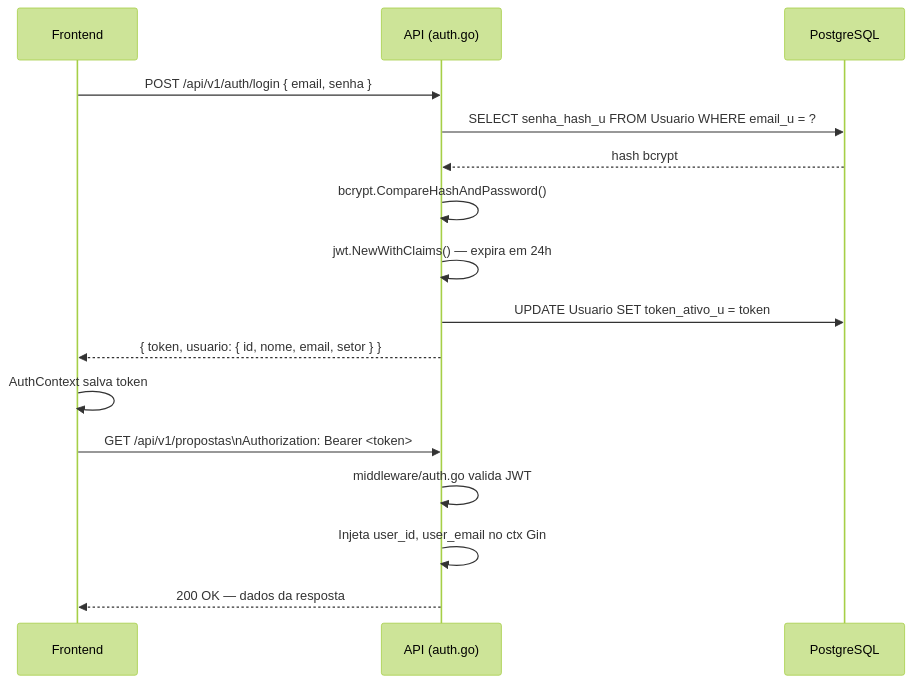
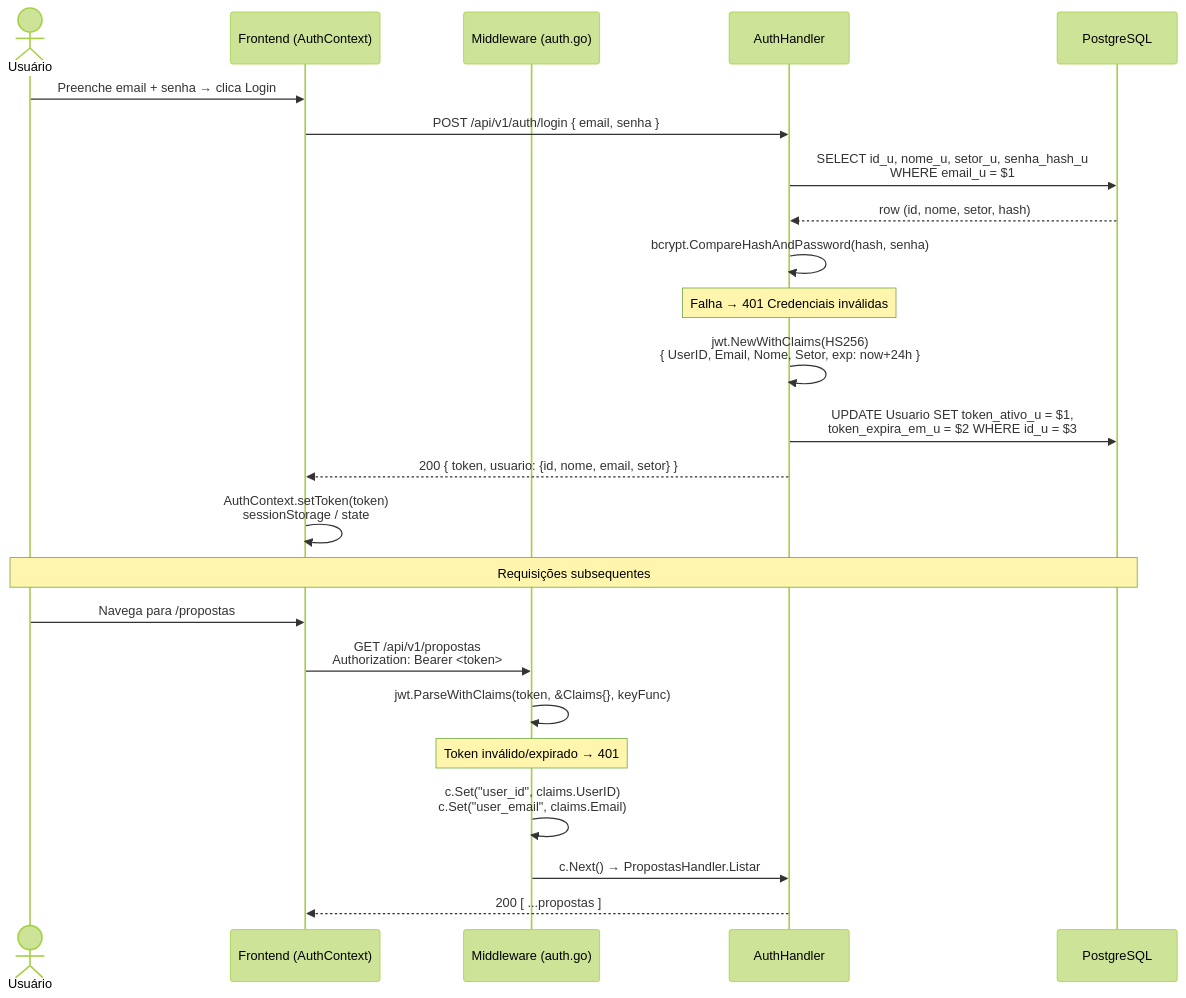
Before and after one commit to Grupo6-ProjetoIntegrador/Projeto-Flamboyant: the ninth of 18 diagrams in README.md, drawn with Mermaid (forest theme). The commit also changed other lines of this file, not shown here.

````diff
--- a/README.md
+++ b/README.md
@@ -83,20 +465,29 @@
 ```mermaid
 sequenceDiagram
-    participant F as Frontend
-    participant A as API (auth.go)
+    actor U as Usuário
+    participant FE as Frontend (AuthContext)
+    participant MW as Middleware (auth.go)
+    participant H as AuthHandler
     participant DB as PostgreSQL
 
-    F->>A: POST /api/v1/auth/login { email, senha }
-    A->>DB: SELECT senha_hash_u FROM Usuario WHERE email_u = ?
-    DB-->>A: hash bcrypt
-    A->>A: bcrypt.CompareHashAndPassword()
-    A->>A: jwt.NewWithClaims() — expira em 24h
-    A->>DB: UPDATE Usuario SET token_ativo_u = token
-    A-->>F: { token, usuario: { id, nome, email, setor } }
-    
-    F->>F: AuthContext salva token
-    F->>A: GET /api/v1/propostas\nAuthorization: Bearer <token>
-    A->>A: middleware/auth.go valida JWT
-    A->>A: Injeta user_id, user_email no ctx Gin
-    A-->>F: 200 OK — dados da resposta
+    U->>FE: Preenche email + senha → clica Login
+    FE->>H: POST /api/v1/auth/login { email, senha }
+    H->>DB: SELECT id_u, nome_u, setor_u, senha_hash_u<br/>WHERE email_u = $1
+    DB-->>H: row (id, nome, setor, hash)
+    H->>H: bcrypt.CompareHashAndPassword(hash, senha)
+    Note over H: Falha → 401 Credenciais inválidas
+    H->>H: jwt.NewWithClaims(HS256)<br/>{ UserID, Email, Nome, Setor, exp: now+24h }
+    H->>DB: UPDATE Usuario SET token_ativo_u = $1,<br/>token_expira_em_u = $2 WHERE id_u = $3
+    H-->>FE: 200 { token, usuario: {id, nome, email, setor} }
+    FE->>FE: AuthContext.setToken(token)<br/>sessionStorage / state
+
+    Note over U,DB: Requisições subsequentes
+
+    U->>FE: Navega para /propostas
+    FE->>MW: GET /api/v1/propostas<br/>Authorization: Bearer <token>
+    MW->>MW: jwt.ParseWithClaims(token, &Claims{}, keyFunc)
+    Note over MW: Token inválido/expirado → 401
+    MW->>MW: c.Set("user_id", claims.UserID)<br/>c.Set("user_email", claims.Email)
+    MW->>H: c.Next() → PropostasHandler.Listar
+    H-->>FE: 200 [ ...propostas ]
 ```
````
